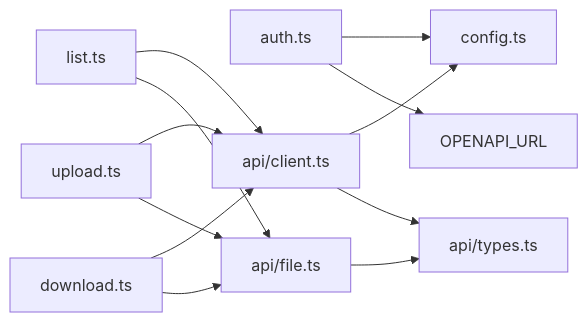
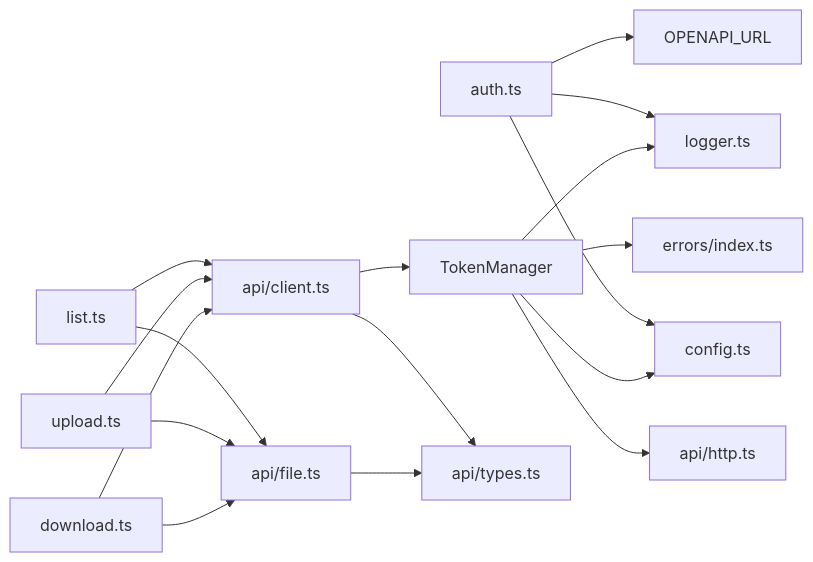
One commit to yuexiaoliang/baiduwangpan-manager changed the seventh of 7 diagrams in .qoder/repowiki/en/content/Authentication System/Token Management and Persistence.md. Above: the diagram before and after it, drawn with Mermaid. The commit also changed other lines of this file and 30 other files, not shown here.

````diff
--- a/.qoder/repowiki/en/content/Authentication System/Token Management and Persistence.md
+++ b/.qoder/repowiki/en/content/Authentication System/Token Management and Persistence.md
@@ -300,14 +373,19 @@
 ```mermaid
 graph LR
 AUTH["auth.ts"] --> CFG["config.ts"]
 AUTH --> OPENAPI["OPENAPI_URL"]
+AUTH --> LOGGER["logger.ts"]
 LIST["list.ts"] --> CLIENT["api/client.ts"]
 UPLOAD["upload.ts"] --> CLIENT
 DOWNLOAD["download.ts"] --> CLIENT
-CLIENT --> CFG
+CLIENT --> TOKEN["TokenManager"]
+TOKEN --> CFG
+TOKEN --> HTTP["api/http.ts"]
+TOKEN --> ERRORS["errors/index.ts"]
+TOKEN --> LOGGER
 CLIENT --> TYPES["api/types.ts"]
 FILEAPI["api/file.ts"] --> TYPES
 LIST --> FILEAPI
 UPLOAD --> FILEAPI
 DOWNLOAD --> FILEAPI
 ```
````
